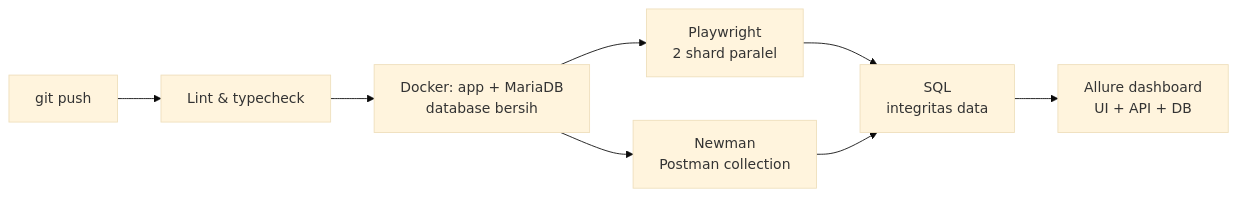
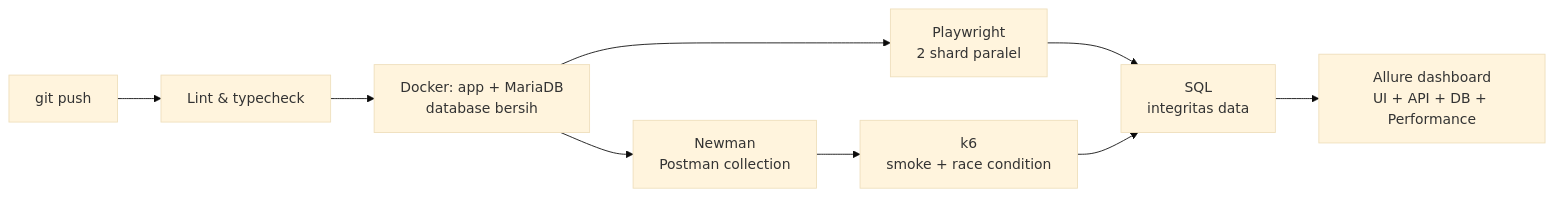
One commit to rachelsa26/partambus changed the diagram in README.md. Above: the diagram before and after it, drawn with Mermaid (base theme). The commit also changed other lines of this file and 15 other files, not shown here.

Commit message:
Add k6 performance tests: smoke, load, stress, race condition

````diff
--- a/README.md
+++ b/README.md
@@ -19,10 +19,11 @@
 ```mermaid
 flowchart LR
   A[git push] --> B[Lint & typecheck]
   B --> C[Docker: app + MariaDB<br/>database bersih]
   C --> D[Playwright<br/>2 shard paralel]
   C --> F[Newman<br/>Postman collection]
+  F --> K[k6<br/>smoke + race condition]
   D --> I[SQL<br/>integritas data]
-  F --> I
-  I --> H[Allure dashboard<br/>UI + API + DB]
+  K --> I
+  I --> H[Allure dashboard<br/>UI + API + DB + Performance]
 ```
````
